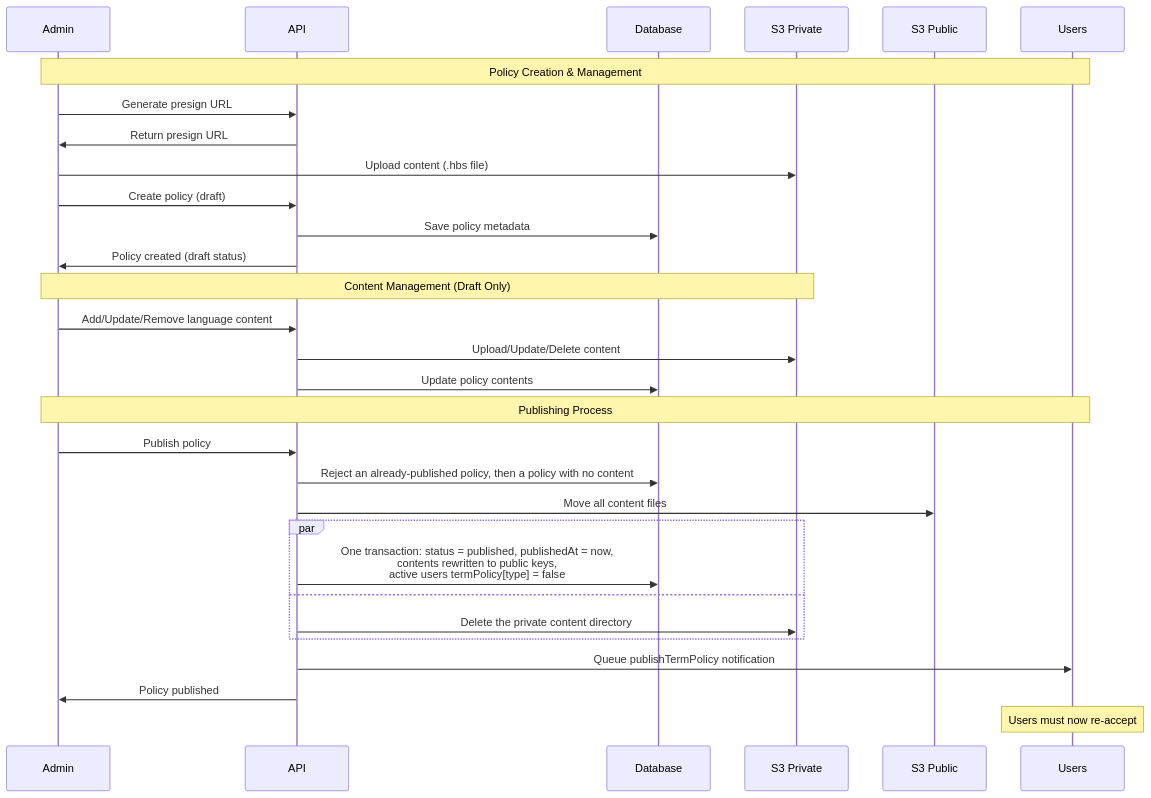
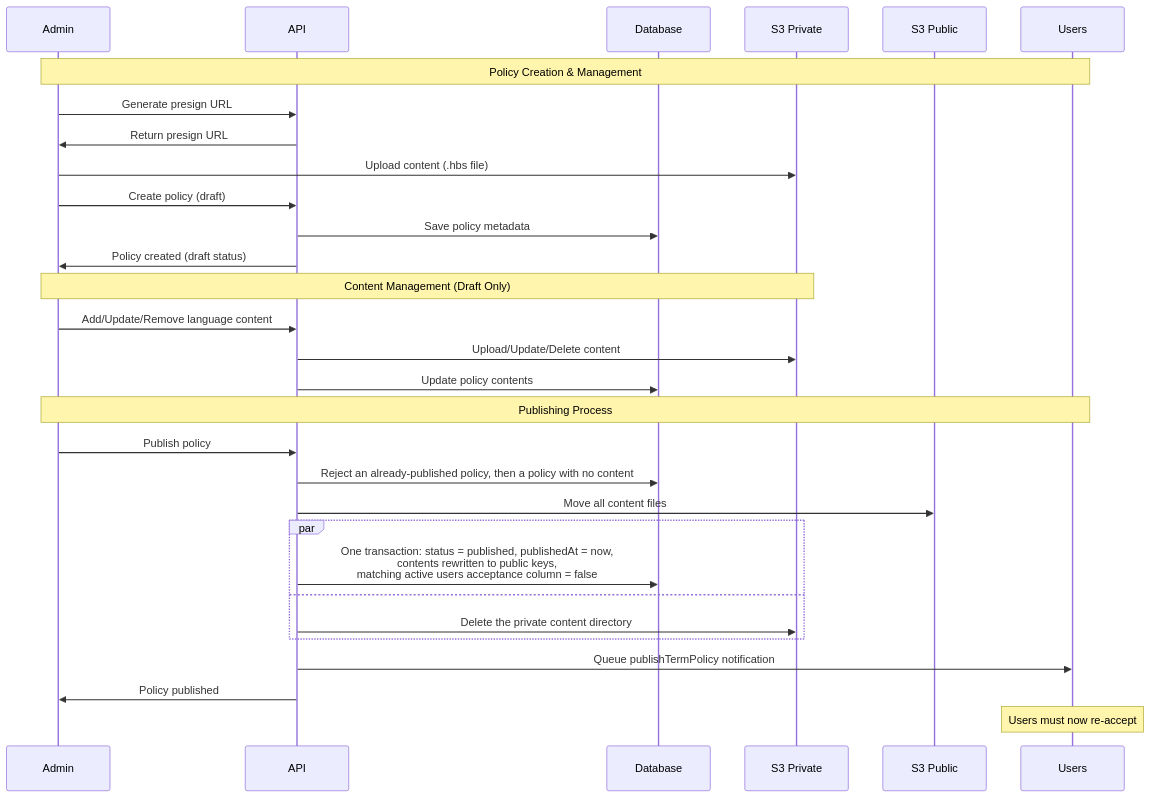
One commit to andrechristikan/ack-nestjs-boilerplate changed the first of 3 diagrams in docs/term-policy.md. Above: the diagram before and after it, drawn with Mermaid. The commit also changed other lines of this file and 7 other files, not shown here.

````diff
--- a/docs/term-policy.md
+++ b/docs/term-policy.md
@@ -87,40 +87,40 @@
 ```mermaid
 sequenceDiagram
     participant Admin
     participant API
     participant Database
     participant S3 Private
     participant S3 Public
     participant Users
 
     Note over Admin,Users: Policy Creation & Management
     
     Admin->>API: Generate presign URL
     API->>Admin: Return presign URL
     Admin->>S3 Private: Upload content (.hbs file)
     
     Admin->>API: Create policy (draft)
     API->>Database: Save policy metadata
     API->>Admin: Policy created (draft status)
     
     Note over Admin,S3 Private: Content Management (Draft Only)
     
     Admin->>API: Add/Update/Remove language content
     API->>S3 Private: Upload/Update/Delete content
     API->>Database: Update policy contents
     
     Note over Admin,Users: Publishing Process
     
     Admin->>API: Publish policy
     API->>Database: Reject an already-published policy, then a policy with no content
     API->>S3 Public: Move all content files
     par
-        API->>Database: One transaction: status = published, publishedAt = now,<br/>contents rewritten to public keys,<br/>active users termPolicy[type] = false
+        API->>Database: One transaction: status = published, publishedAt = now,<br/>contents rewritten to public keys,<br/>matching active users acceptance column = false
     and
         API->>S3 Private: Delete the private content directory
     end
     API->>Users: Queue publishTermPolicy notification
     API->>Admin: Policy published
     
     Note over Users: Users must now re-accept
 ```
````
